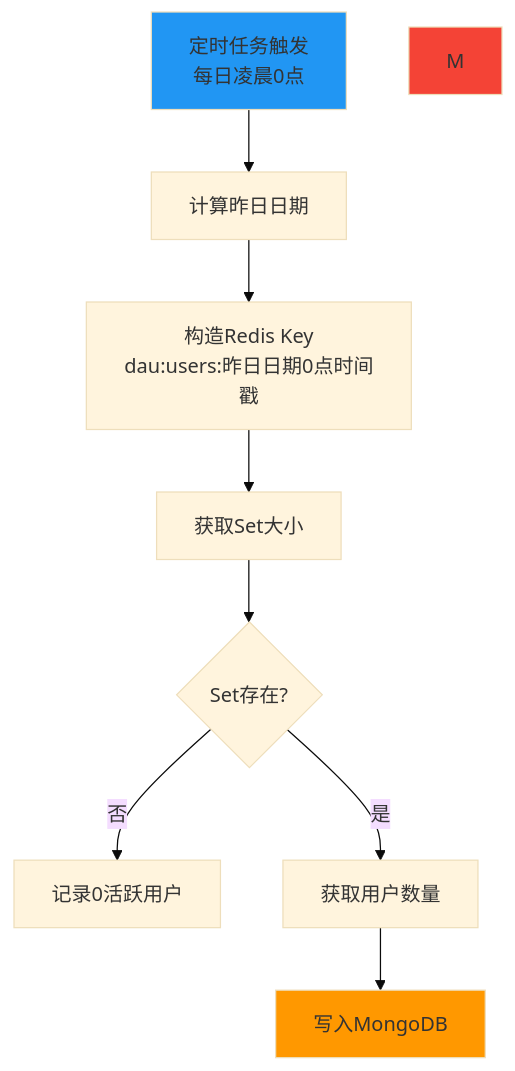
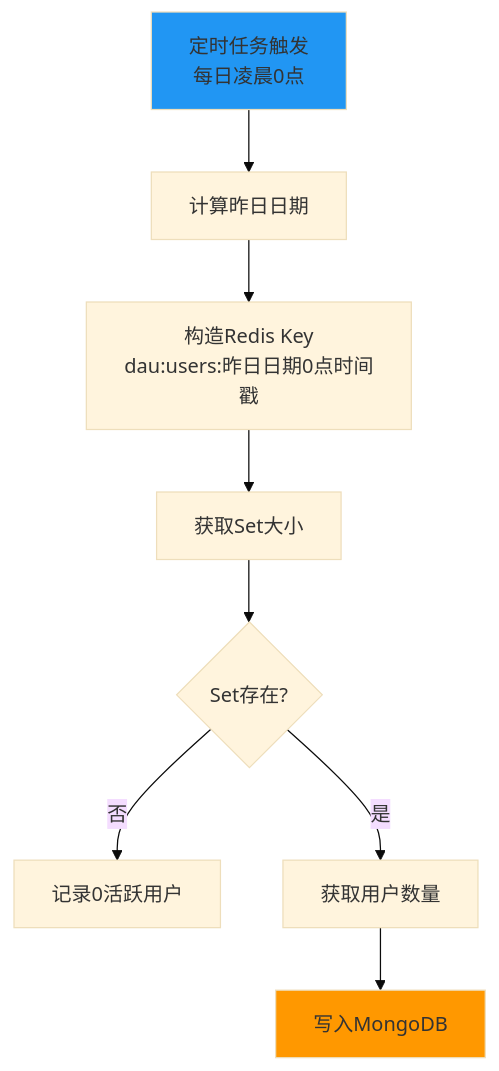
Before and after one commit to yingjianzh/iodraw-files: the diagram in all/未命名-77.md, drawn with Mermaid (base theme).

Commit message:
2025-07-08 14:02:20 update

````diff
--- a/all/未命名-77.md
+++ b/all/未命名-77.md
@@ -1,15 +1,14 @@
 ```mermaid
 flowchart TD
     A[定时任务触发<br/>每日凌晨0点] --> B[计算昨日日期]
     B --> C[构造Redis Key<br/>dau:users:昨日日期0点时间戳]
     C --> D[获取Set大小]
     D --> E{Set存在?}
     E -->|否| F[记录0活跃用户]
     E -->|是| G[获取用户数量]
     G --> H[写入MongoDB]
     
-    
     style A fill:#2196f3
     style H fill:#ff9800
-    style M fill:#f44336
+    
 ```
````
